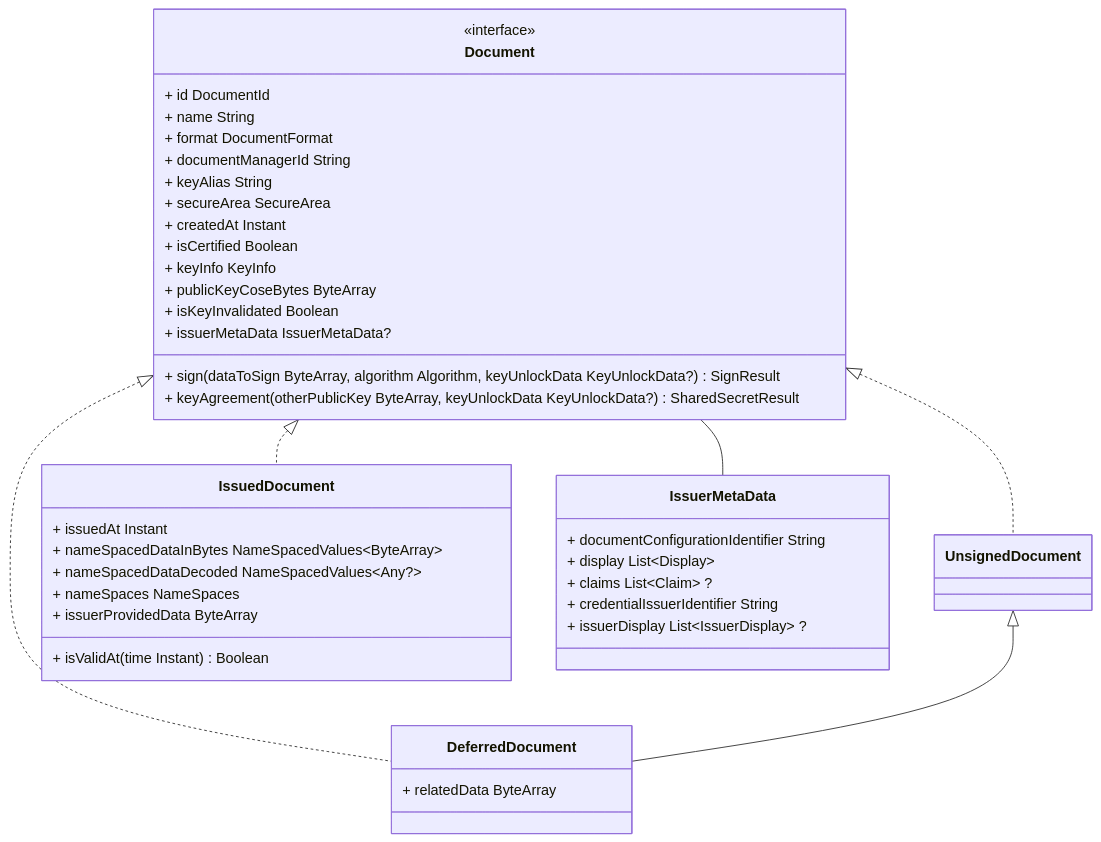
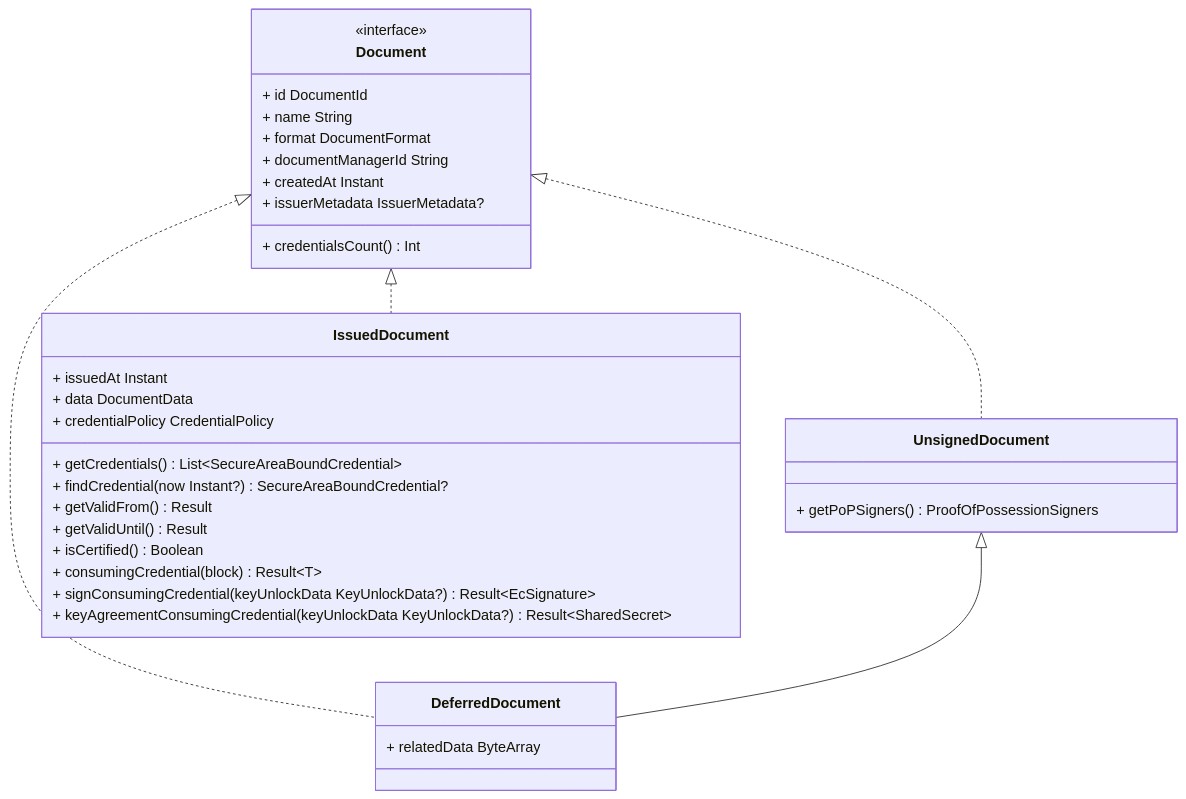
The diagram in README.md (eu-digital-identity-wallet/eudi-lib-android-wallet-document-manager), drawn with Mermaid before and after one commit. The commit also changed other lines of this file and 262 other files, not shown here.

````diff
--- a/README.md
+++ b/README.md
@@ -135,47 +134,40 @@
 ```mermaid
 classDiagram
     Document <|.. UnsignedDocument
     Document <|.. DeferredDocument
     UnsignedDocument <|-- DeferredDocument
     Document <|.. IssuedDocument
-  Document -- IssuerMetaData
+
     class Document {
         <<interface>>
         + id DocumentId
         + name String
         + format DocumentFormat
-      + documentManagerId String
-        + keyAlias String
-        + secureArea SecureArea
+        + documentManagerId String
         + createdAt Instant
-        + isCertified Boolean
-        + keyInfo KeyInfo
-        + publicKeyCoseBytes ByteArray
-        + isKeyInvalidated Boolean
-      + issuerMetaData IssuerMetaData?
-        + sign(dataToSign ByteArray, algorithm Algorithm, keyUnlockData KeyUnlockData?) SignResult
-        + keyAgreement(otherPublicKey ByteArray, keyUnlockData KeyUnlockData?) SharedSecretResult
+        + issuerMetadata IssuerMetadata?
+        + credentialsCount() Int
     }
-  class UnsignedDocument
 
-  class DeferredDocument {
-    + relatedData ByteArray
-  }
+    class UnsignedDocument {
+        + getPoPSigners() ProofOfPossessionSigners
+    }
 
-  class IssuedDocument {
-    + issuedAt Instant
-    + nameSpacedDataInBytes NameSpacedValues~ByteArray~
-    + nameSpacedDataDecoded NameSpacedValues~Any?~
-    + nameSpaces NameSpaces
-    + issuerProvidedData ByteArray
-    + isValidAt(time Instant) Boolean
-  }
+    class DeferredDocument {
+        + relatedData ByteArray
+    }
 
-  class IssuerMetaData {
-    + documentConfigurationIdentifier String
-    + display List~Display~
-    + claims List~Claim~ ?
-    + credentialIssuerIdentifier String
-    + issuerDisplay List~IssuerDisplay~ ?
+    class IssuedDocument {
+        + issuedAt Instant
+        + data DocumentData
+        + credentialPolicy CredentialPolicy
+        + getCredentials() List~SecureAreaBoundCredential~
+        + findCredential(now Instant?) SecureAreaBoundCredential?
+        + getValidFrom() Result
+        + getValidUntil() Result
+        + isCertified() Boolean
+        + consumingCredential(block) Result~T~
+        + signConsumingCredential(keyUnlockData KeyUnlockData?) Result~EcSignature~
+        + keyAgreementConsumingCredential(keyUnlockData KeyUnlockData?) Result~SharedSecret~
     }
 ```
````
